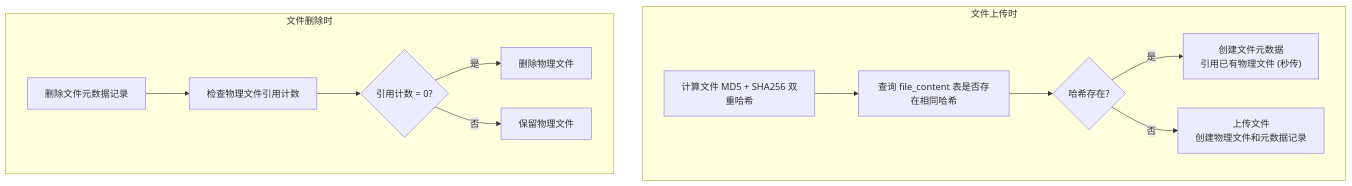
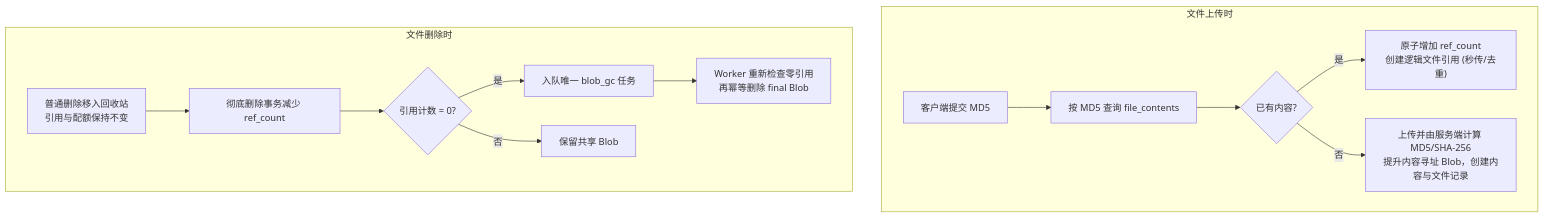
Before and after one commit to yizhinailong/disk: the third of 3 diagrams in docs/design/01-功能需求规格.md, drawn with Mermaid. The commit also changed other lines of this file and 5 other files, not shown here.

First line of the commit message:
docs(architecture): align distributed flows

````diff
--- a/docs/design/01-功能需求规格.md
+++ b/docs/design/01-功能需求规格.md
@@ -668,26 +676,27 @@
 ```mermaid
 flowchart TD
     subgraph Upload["文件上传时"]
-        U1["计算文件 MD5 + SHA256 双重哈希"]
-        U2["查询 file_content 表是否存在相同哈希"]
-        U3{"哈希存在?"}
-        U4["创建文件元数据<br/>引用已有物理文件 (秒传)"]
-        U5["上传文件<br/>创建物理文件和元数据记录"]
+        U1["客户端提交 MD5"]
+        U2["按 MD5 查询 file_contents"]
+        U3{"已有内容?"}
+        U4["原子增加 ref_count<br/>创建逻辑文件引用 (秒传/去重)"]
+        U5["上传并由服务端计算 MD5/SHA-256<br/>提升内容寻址 Blob，创建内容与文件记录"]
 
         U1 --> U2 --> U3
         U3 -->|"是"| U4
         U3 -->|"否"| U5
     end
 
     subgraph Delete["文件删除时"]
-        D1["删除文件元数据记录"]
-        D2["检查物理文件引用计数"]
+        D1["普通删除移入回收站<br/>引用与配额保持不变"]
+        D2["彻底删除事务减少 ref_count"]
         D3{"引用计数 = 0?"}
-        D4["删除物理文件"]
-        D5["保留物理文件"]
+        D4["入队唯一 blob_gc 任务"]
+        D5["保留共享 Blob"]
+        D6["Worker 重新检查零引用<br/>再幂等删除 final Blob"]
 
         D1 --> D2 --> D3
-        D3 -->|"是"| D4
+        D3 -->|"是"| D4 --> D6
         D3 -->|"否"| D5
     end
 ```
````
